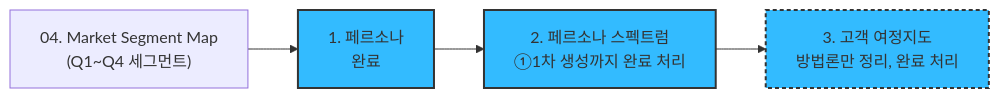
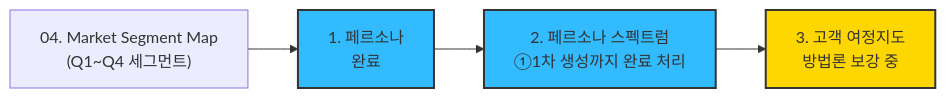
The first of 4 diagrams in 05.persona-journey-map/1인가구한끼해결-페르소나여정/00-방법론.md (soobworks/business-research-practice), drawn with Mermaid before and after one commit. The commit also changed other lines of this file and 1 other file, not shown here.

````diff
--- a/05.persona-journey-map/1인가구한끼해결-페르소나여정/00-방법론.md
+++ b/05.persona-journey-map/1인가구한끼해결-페르소나여정/00-방법론.md
@@ -10,10 +10,10 @@
 ```mermaid
 flowchart LR
     A["04. Market Segment Map<br>(Q1~Q4 세그먼트)"] --> B["1. 페르소나<br>완료"]
     B --> C["2. 페르소나 스펙트럼<br>①1차 생성까지 완료 처리"]
-    C --> D["3. 고객 여정지도<br>방법론만 정리, 완료 처리"]
+    C --> D["3. 고객 여정지도<br>방법론 보강 중"]
 
     style B fill:#33BBFF,stroke:#333,stroke-width:2px
     style C fill:#33BBFF,stroke:#333,stroke-width:2px
-    style D fill:#33BBFF,stroke:#333,stroke-width:2px,stroke-dasharray: 4 3
+    style D fill:#FFD700,stroke:#333,stroke-width:2px
 ```
````
